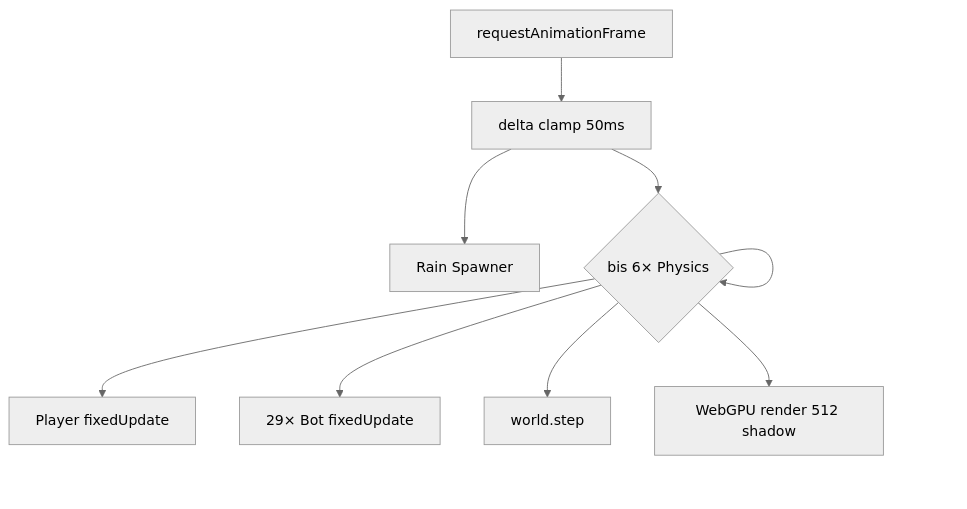
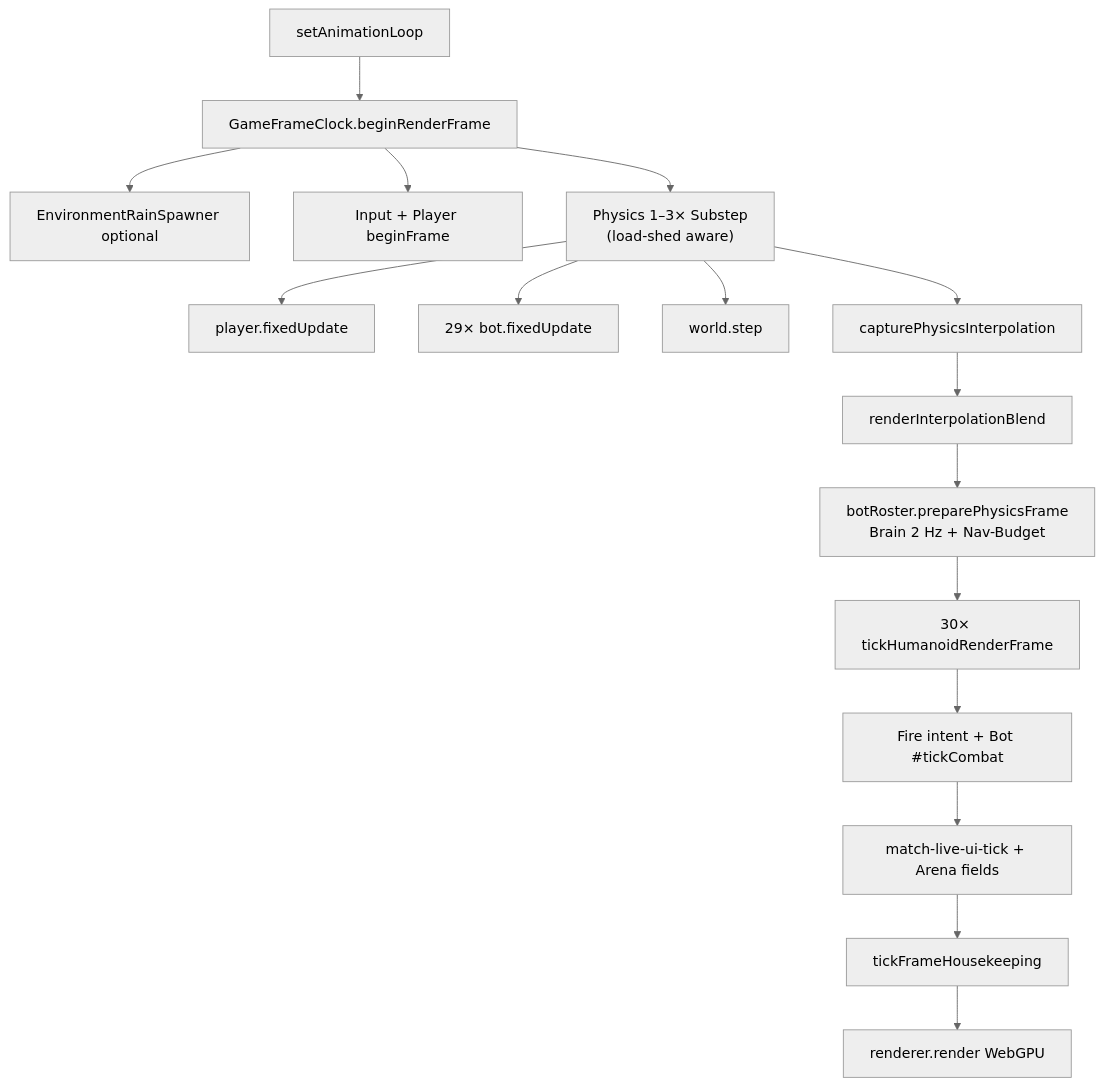
The diagram in docs/ticks.md (enomie/funnel), drawn with Mermaid (neutral theme) before and after one commit. The commit also changed other lines of this file and 15 other files, not shown here.

First line of the commit message:
Fix shock combo orb removal and document combat/tick architecture.

````diff
--- a/docs/ticks.md
+++ b/docs/ticks.md
@@ -33,11 +38,18 @@
 ```mermaid
 flowchart TD
-  RAF[requestAnimationFrame] --> Delta[delta clamp 50ms]
-  Delta --> Rain[Rain Spawner]
-  Delta --> SubLoop{bis 6× Physics}
-  SubLoop --> Player[Player fixedUpdate]
-  SubLoop --> Bots[29× Bot fixedUpdate]
-  SubLoop --> Rapier[world.step]
-  SubLoop --> SubLoop
-  SubLoop --> Render[WebGPU render 512 shadow]
+  RAF[setAnimationLoop] --> Clock[GameFrameClock.beginRenderFrame]
+  Clock --> Rain[EnvironmentRainSpawner optional]
+  Clock --> Input[Input + Player beginFrame]
+  Clock --> Phys["Physics 1–3× Substep\n(load-shed aware)"]
+  Phys --> PFix[player.fixedUpdate]
+  Phys --> BFix["29× bot.fixedUpdate"]
+  Phys --> Rapier[world.step]
+  Phys --> CapInterp[capturePhysicsInterpolation]
+  CapInterp --> Blend[renderInterpolationBlend]
+  Blend --> BotsPrep["botRoster.preparePhysicsFrame\nBrain 2 Hz + Nav-Budget"]
+  BotsPrep --> Humanoid["30× tickHumanoidRenderFrame"]
+  Humanoid --> Combat[Fire intent + Bot #tickCombat]
+  Combat --> UI[match-live-ui-tick + Arena fields]
+  UI --> HK[tickFrameHousekeeping]
+  HK --> GPU[renderer.render WebGPU]
 ```
````
